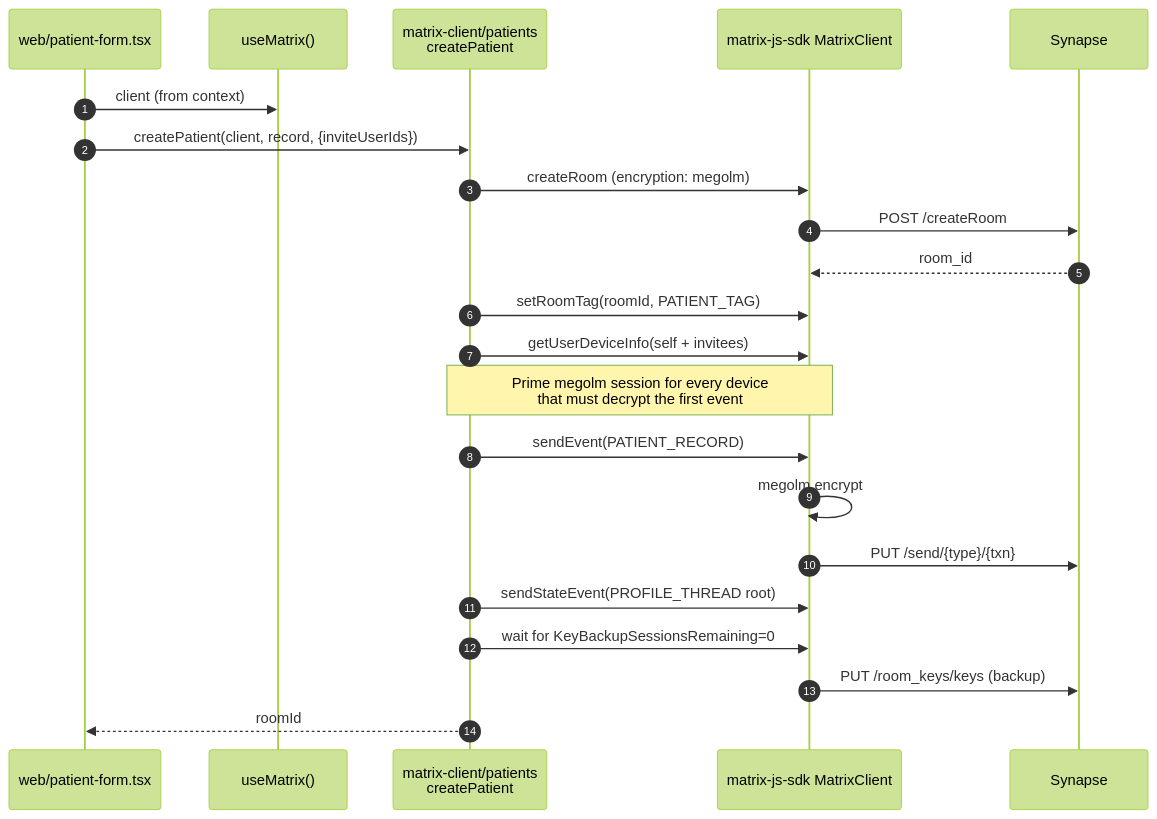
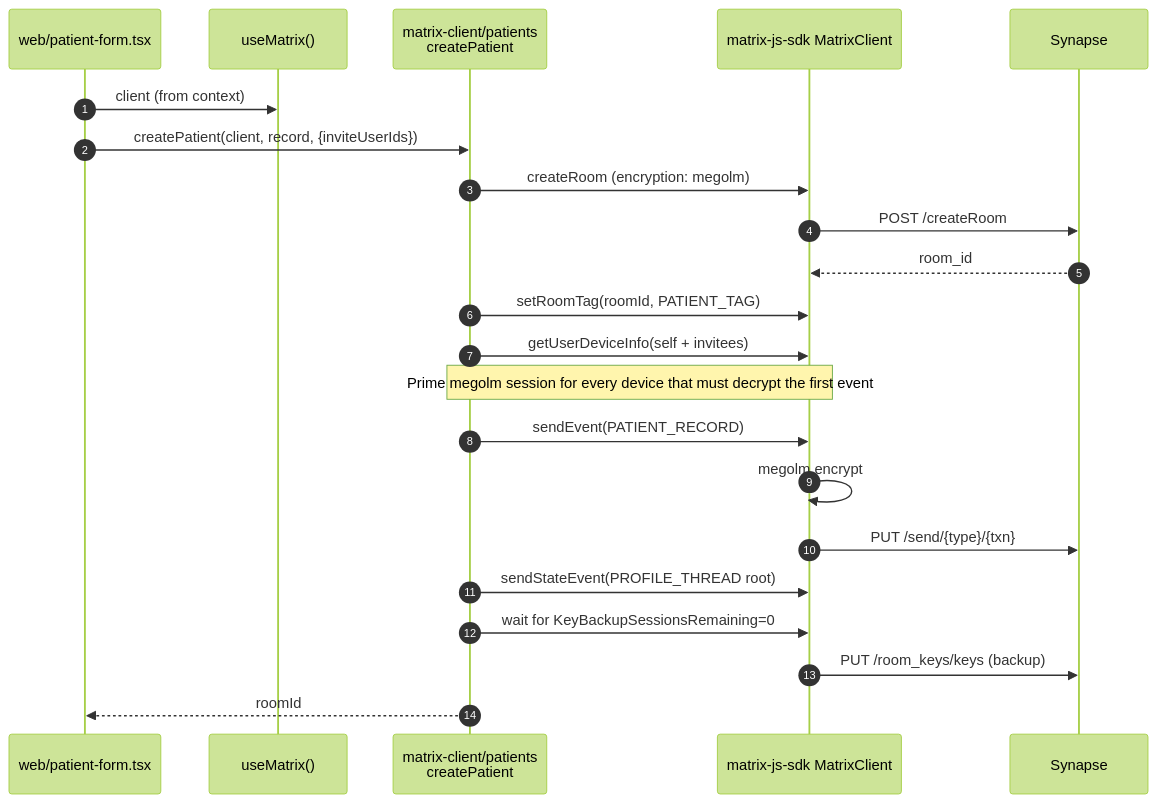
The fourth of 6 diagrams in README.md (tini-works/e2ee-exploration), drawn with Mermaid (forest theme) before and after one commit. The commit also changed other lines of this file and 1 other file, not shown here.

Commit message:
docs: fix mermaid sequenceDiagram Note line breaks
Mermaid's sequenceDiagram parser rejects <br/> inside `Note over` even
though it accepts it in message text. Collapse the affected notes to
single lines so the diagrams render on GitHub.

````diff
--- a/README.md
+++ b/README.md
@@ -180,25 +180,25 @@
 ```mermaid
 sequenceDiagram
     autonumber
     participant UI as web/patient-form.tsx
     participant Hook as useMatrix()
     participant Patients as matrix-client/patients<br/>createPatient
     participant SDK as matrix-js-sdk MatrixClient
     participant HS as Synapse
 
     UI->>Hook: client (from context)
     UI->>Patients: createPatient(client, record, {inviteUserIds})
     Patients->>SDK: createRoom (encryption: megolm)
     SDK->>HS: POST /createRoom
     HS-->>SDK: room_id
     Patients->>SDK: setRoomTag(roomId, PATIENT_TAG)
     Patients->>SDK: getUserDeviceInfo(self + invitees)
-    Note over Patients,SDK: Prime megolm session for every device<br/>that must decrypt the first event
+    Note over Patients,SDK: Prime megolm session for every device that must decrypt the first event
     Patients->>SDK: sendEvent(PATIENT_RECORD)
     SDK->>SDK: megolm encrypt
     SDK->>HS: PUT /send/{type}/{txn}
     Patients->>SDK: sendStateEvent(PROFILE_THREAD root)
     Patients->>SDK: wait for KeyBackupSessionsRemaining=0
     SDK->>HS: PUT /room_keys/keys (backup)
     Patients-->>UI: roomId
 ```
````
